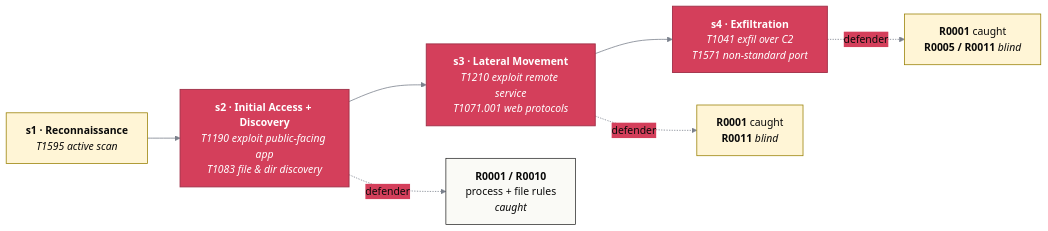
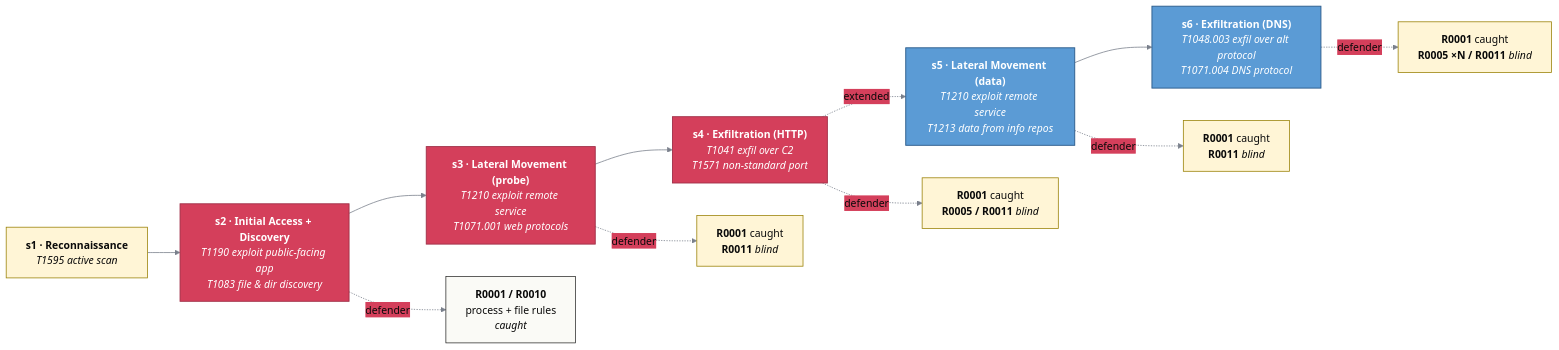
The eighth of 10 diagrams in example/chain/diagrams.md (k8sstormcenter/bob), drawn with Mermaid before and after one commit. The commit also changed other lines of this file and 13 other files, not shown here.

First line of the commit message:
feat(chain): extended s5/s6 — real pg-wire row exfil + DNS exfil (#124)

````diff
--- a/example/chain/diagrams.md
+++ b/example/chain/diagrams.md
@@ -292,24 +331,32 @@
 ```mermaid
 %%{init: {"theme":"base","themeVariables":{"primaryColor":"#C3A50D","primaryTextColor":"#0a0a0a","primaryBorderColor":"#9a8208","lineColor":"#0a0a0a","secondaryColor":"#D43F5B","tertiaryColor":"#fff5d6"}}}%%
 flowchart LR
   classDef ref   fill:#C3A50D,stroke:#9a8208,color:#0a0a0a,stroke-width:1.4px
   classDef cmp   fill:#fff5d6,stroke:#9a8208,color:#0a0a0a,stroke-width:1.2px
   classDef warn  fill:#D43F5B,stroke:#a03048,color:#fff,stroke-width:1.4px
+  classDef ext   fill:#5b9bd5,stroke:#2a5a8a,color:#fff,stroke-width:1.4px
   classDef ok    fill:#fafaf6,stroke:#0a0a0a,color:#0a0a0a,stroke-width:1px
 
   s1["<b>s1 · Reconnaissance</b><br/><i>T1595 active scan</i>"]:::cmp
   s2["<b>s2 · Initial Access + Discovery</b><br/><i>T1190 exploit public-facing app<br/>T1083 file & dir discovery</i>"]:::warn
-  s3["<b>s3 · Lateral Movement</b><br/><i>T1210 exploit remote service<br/>T1071.001 web protocols</i>"]:::warn
-  s4["<b>s4 · Exfiltration</b><br/><i>T1041 exfil over C2<br/>T1571 non-standard port</i>"]:::warn
+  s3["<b>s3 · Lateral Movement (probe)</b><br/><i>T1210 exploit remote service<br/>T1071.001 web protocols</i>"]:::warn
+  s4["<b>s4 · Exfiltration (HTTP)</b><br/><i>T1041 exfil over C2<br/>T1571 non-standard port</i>"]:::warn
+  s5["<b>s5 · Lateral Movement (data)</b><br/><i>T1210 exploit remote service<br/>T1213 data from info repos</i>"]:::ext
+  s6["<b>s6 · Exfiltration (DNS)</b><br/><i>T1048.003 exfil over alt protocol<br/>T1071.004 DNS protocol</i>"]:::ext
 
   d2["<b>R0001 / R0010</b><br/>process + file rules<br/><i>caught</i>"]:::ok
   d3["<b>R0001</b> caught<br/><b>R0011</b> <i>blind</i>"]:::cmp
   d4["<b>R0001</b> caught<br/><b>R0005 / R0011</b> <i>blind</i>"]:::cmp
+  d5["<b>R0001</b> caught<br/><b>R0011</b> <i>blind</i>"]:::cmp
+  d6["<b>R0001</b> caught<br/><b>R0005 ×N / R0011</b> <i>blind</i>"]:::cmp
 
   s1 --> s2 --> s3 --> s4
+  s4 -. extended .-> s5 --> s6
   s2 -.->|defender| d2
   s3 -.->|defender| d3
   s4 -.->|defender| d4
+  s5 -.->|defender| d5
+  s6 -.->|defender| d6
 
   linkStyle default stroke:#7a808c,stroke-width:1.2px
 ```
````
